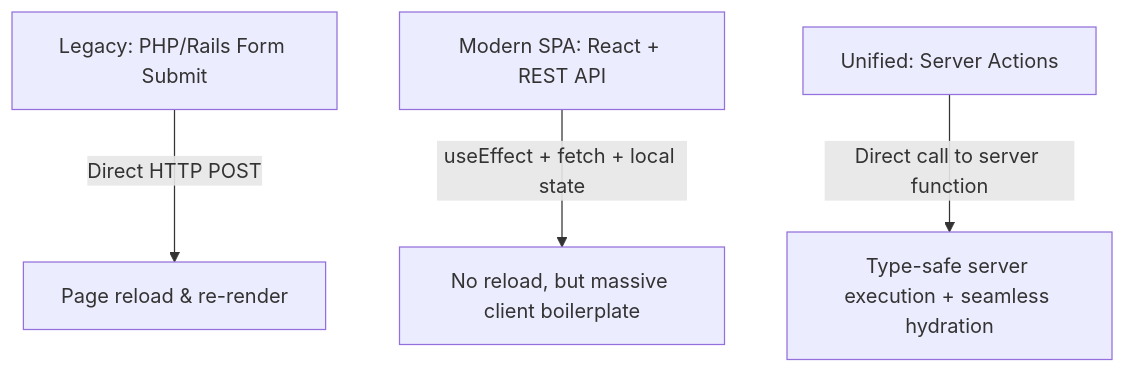
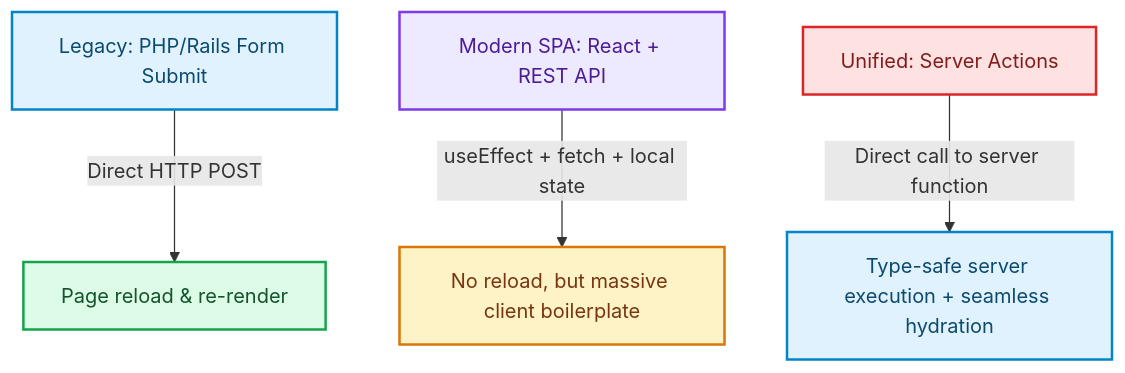
Before and after one commit to akmalkhaniub/akmalkhaniub.github.io: the diagram in blog/posts/nextjs-server-actions-unified-mutations.md, drawn with Mermaid. The commit also changed other lines of this file and 1291 other files, not shown here.

First line of the commit message:
feat(catalog): unique covers, scholarly references, and diagram palettes

````diff
--- a/blog/posts/nextjs-server-actions-unified-mutations.md
+++ b/blog/posts/nextjs-server-actions-unified-mutations.md
@@ -21,6 +21,17 @@
 ```mermaid
 flowchart TD
-  A[Legacy: PHP/Rails Form Submit] -->|Direct HTTP POST| B[Page reload & re-render]
-  C[Modern SPA: React + REST API] -->|useEffect + fetch + local state| D[No reload, but massive client boilerplate]
-  E[Unified: Server Actions] -->|Direct call to server function| F[Type-safe server execution + seamless hydration]
+  A["Legacy: PHP/Rails Form Submit"] -->|Direct HTTP POST| B["Page reload & re-render"]
+  C["Modern SPA: React + REST API"] -->|useEffect + fetch + local state| D["No reload, but massive client boilerplate"]
+  E["Unified: Server Actions"] -->|Direct call to server function| F["Type-safe server execution + seamless hydration"]
+
+classDef green fill:#dcfce7,stroke:#16a34a,stroke-width:2px,color:#14532d;
+classDef red fill:#fee2e2,stroke:#dc2626,stroke-width:2px,color:#7f1d1d;
+classDef blue fill:#e0f2fe,stroke:#0284c7,stroke-width:2px,color:#0c4a6e;
+classDef yellow fill:#fef3c7,stroke:#d97706,stroke-width:2px,color:#78350f;
+classDef purple fill:#ede9fe,stroke:#7c3aed,stroke-width:2px,color:#4c1d95;
+class A,F blue
+class B green
+class C purple
+class D yellow
+class E red
 ```
````
